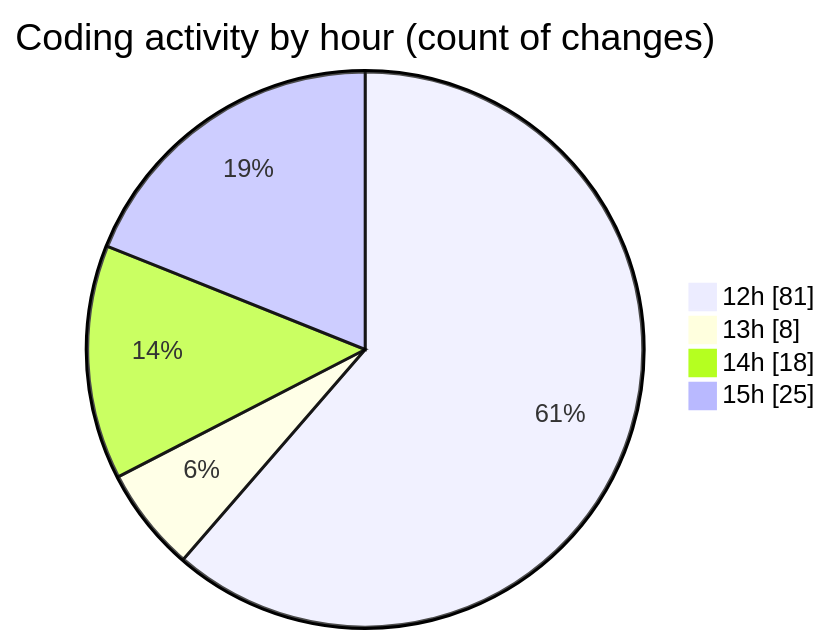
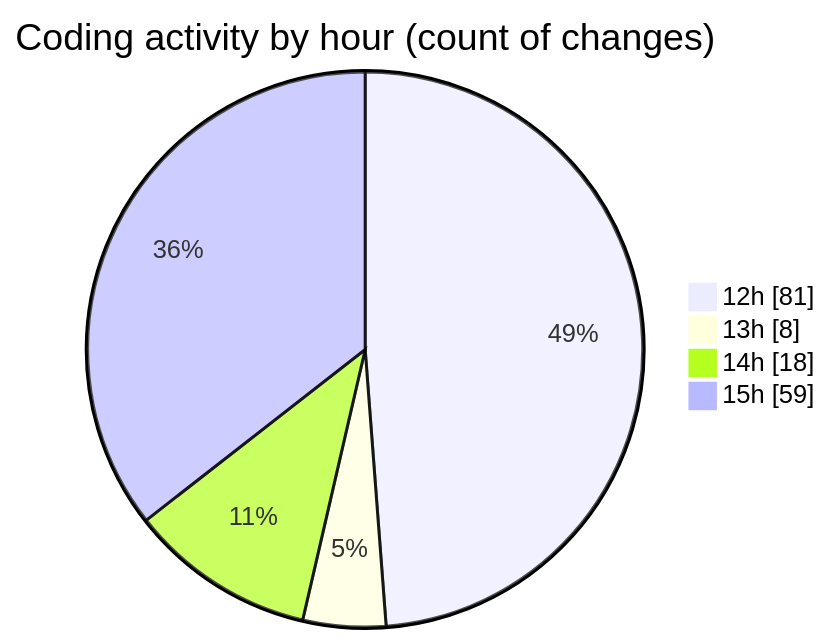
Before and after one commit to Ritupan-Deka/code-tracking: the second of 2 diagrams in 2025-12-28/rust/README.md, drawn with Mermaid. The commit also changed other lines of this file and 1 other file, not shown here.

````diff
--- a/2025-12-28/rust/README.md
+++ b/2025-12-28/rust/README.md
@@ -30,8 +30,8 @@
 ```mermaid
 pie showData
 title Coding activity by hour (count of changes)
 "12h" : 81
 "13h" : 8
 "14h" : 18
-"15h" : 25
+"15h" : 59
 ```
````
